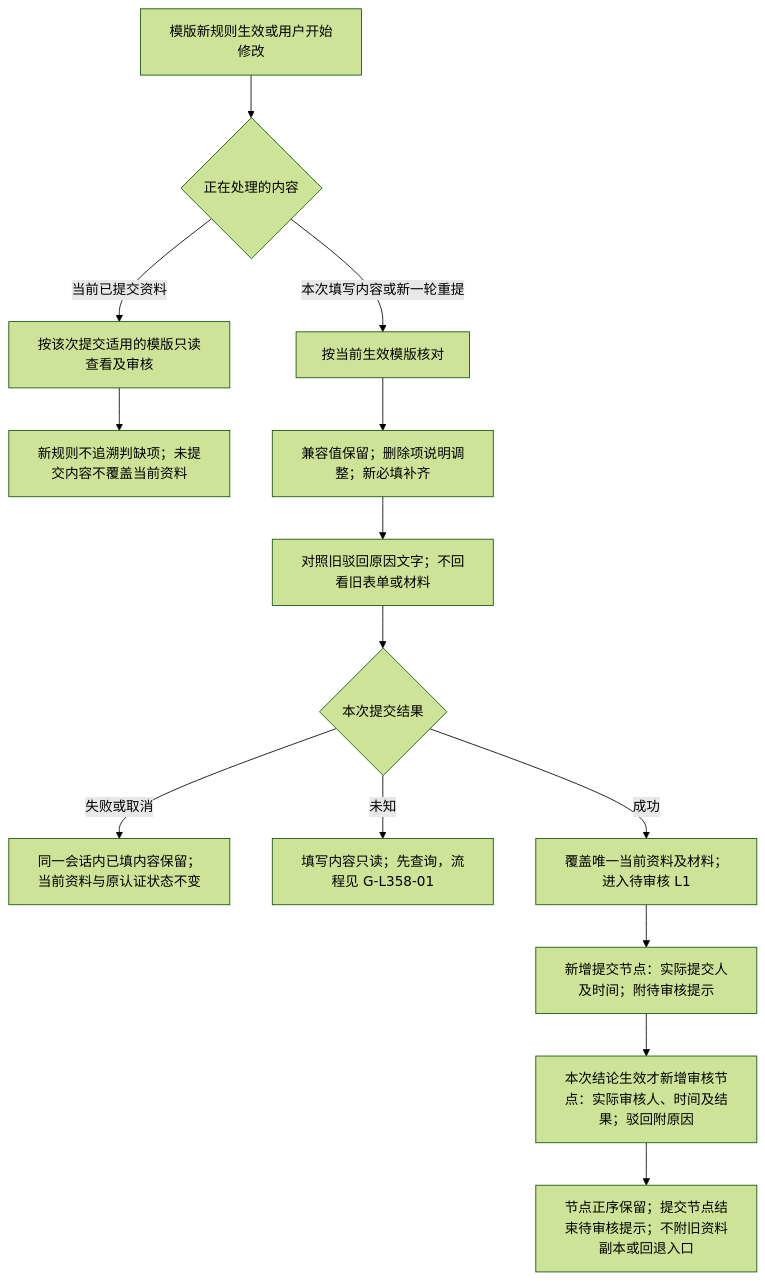
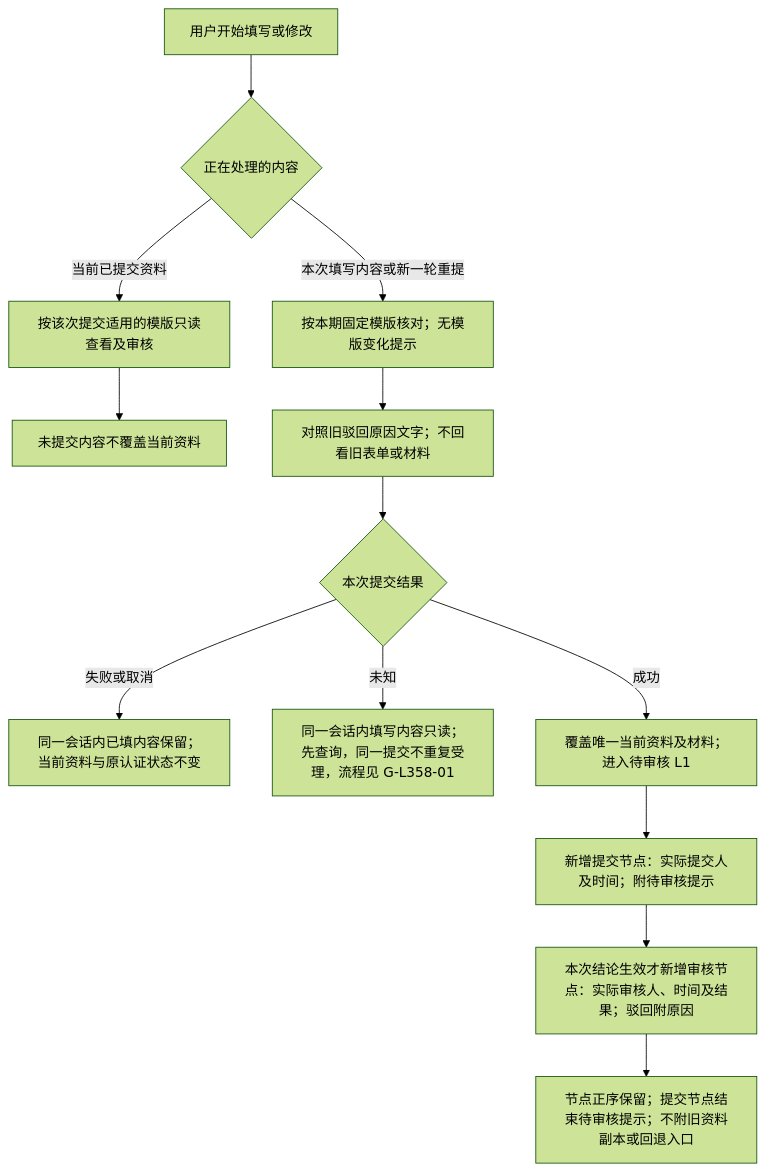
Before and after one commit to wxblockchain/Chain-Financing: the fifth of 6 diagrams in lending-platform/PRD/运营端/05-资金方机构认证审核/02-资金方机构认证审核-流程图与状态机.md, drawn with Mermaid (forest theme). The commit also changed other lines of this file and 11 other files, not shown here.

````diff
--- a/lending-platform/PRD/运营端/05-资金方机构认证审核/02-资金方机构认证审核-流程图与状态机.md
+++ b/lending-platform/PRD/运营端/05-资金方机构认证审核/02-资金方机构认证审核-流程图与状态机.md
@@ -165,16 +163,15 @@
 ```mermaid
 flowchart TD
-    A[模版新规则生效或用户开始修改] --> B{正在处理的内容}
+    A[用户开始填写或修改] --> B{正在处理的内容}
     B -->|当前已提交资料| C[按该次提交适用的模版只读查看及审核]
-    C --> D[新规则不追溯判缺项；未提交内容不覆盖当前资料]
-    B -->|本次填写内容或新一轮重提| E[按当前生效模版核对]
-    E --> F[兼容值保留；删除项说明调整；新必填补齐]
-    F --> G[对照旧驳回原因文字；不回看旧表单或材料]
+    C --> D[未提交内容不覆盖当前资料]
+    B -->|本次填写内容或新一轮重提| E[按本期固定模版核对；无模版变化提示]
+    E --> G[对照旧驳回原因文字；不回看旧表单或材料]
     G --> H{本次提交结果}
     H -->|失败或取消| I[同一会话内已填内容保留；当前资料与原认证状态不变]
-    H -->|未知| U[填写内容只读；先查询，流程见 G-L358-01]
+    H -->|未知| U[同一会话内填写内容只读；先查询，同一提交不重复受理，流程见 G-L358-01]
     H -->|成功| J[覆盖唯一当前资料及材料；进入待审核 L1]
     J --> K[新增提交节点：实际提交人及时间；附待审核提示]
     K --> L[本次结论生效才新增审核节点：实际审核人、时间及结果；驳回附原因]
     L --> M[节点正序保留；提交节点结束待审核提示；不附旧资料副本或回退入口]
 ```
````
